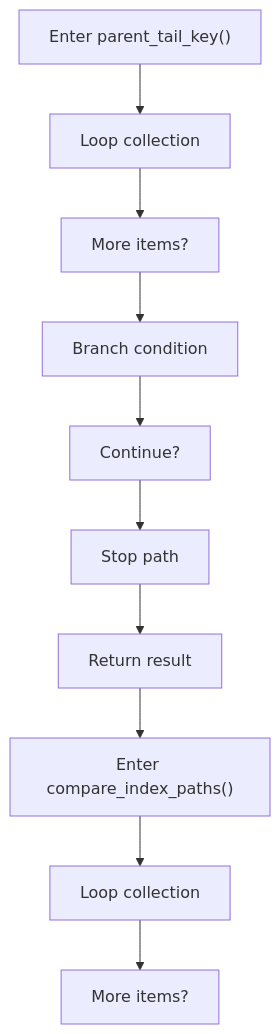
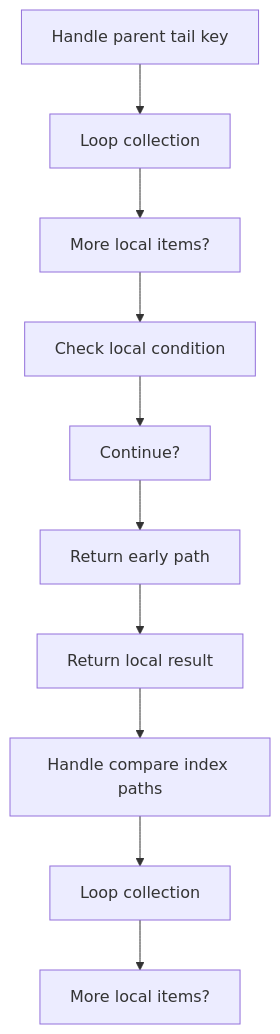
Before and after one commit to JohnAndrewBalbarosa/NeoTerritory: the sixth of 9 diagrams in docs/Codebase/Microservice/Modules/Source/HashingMechanism/HashLinks/Common/Flow/hash_links_common_program_flow.cpp.md, drawn with Mermaid. The commit also changed other lines of this file and 925 other files, not shown here.

````diff
--- a/docs/Codebase/Microservice/Modules/Source/HashingMechanism/HashLinks/Common/Flow/hash_links_common_program_flow.cpp.md
+++ b/docs/Codebase/Microservice/Modules/Source/HashingMechanism/HashLinks/Common/Flow/hash_links_common_program_flow.cpp.md
@@ -145,22 +145,22 @@
 ```mermaid
 flowchart TD
-    N0["Enter parent_tail_key()"]
+    N0["Handle parent tail key"]
     N1["Loop collection"]
-    N2["More items?"]
-    N3["Branch condition"]
+    N2["More local items?"]
+    N3["Check local condition"]
     N4["Continue?"]
-    N5["Stop path"]
-    N6["Return result"]
-    N7["Enter compare_index_paths()"]
+    N5["Return early path"]
+    N6["Return local result"]
+    N7["Handle compare index paths"]
     N8["Loop collection"]
-    N9["More items?"]
+    N9["More local items?"]
     N0 --> N1
     N1 --> N2
     N2 --> N3
     N3 --> N4
     N4 --> N5
     N5 --> N6
     N6 --> N7
     N7 --> N8
     N8 --> N9
 ```
````
